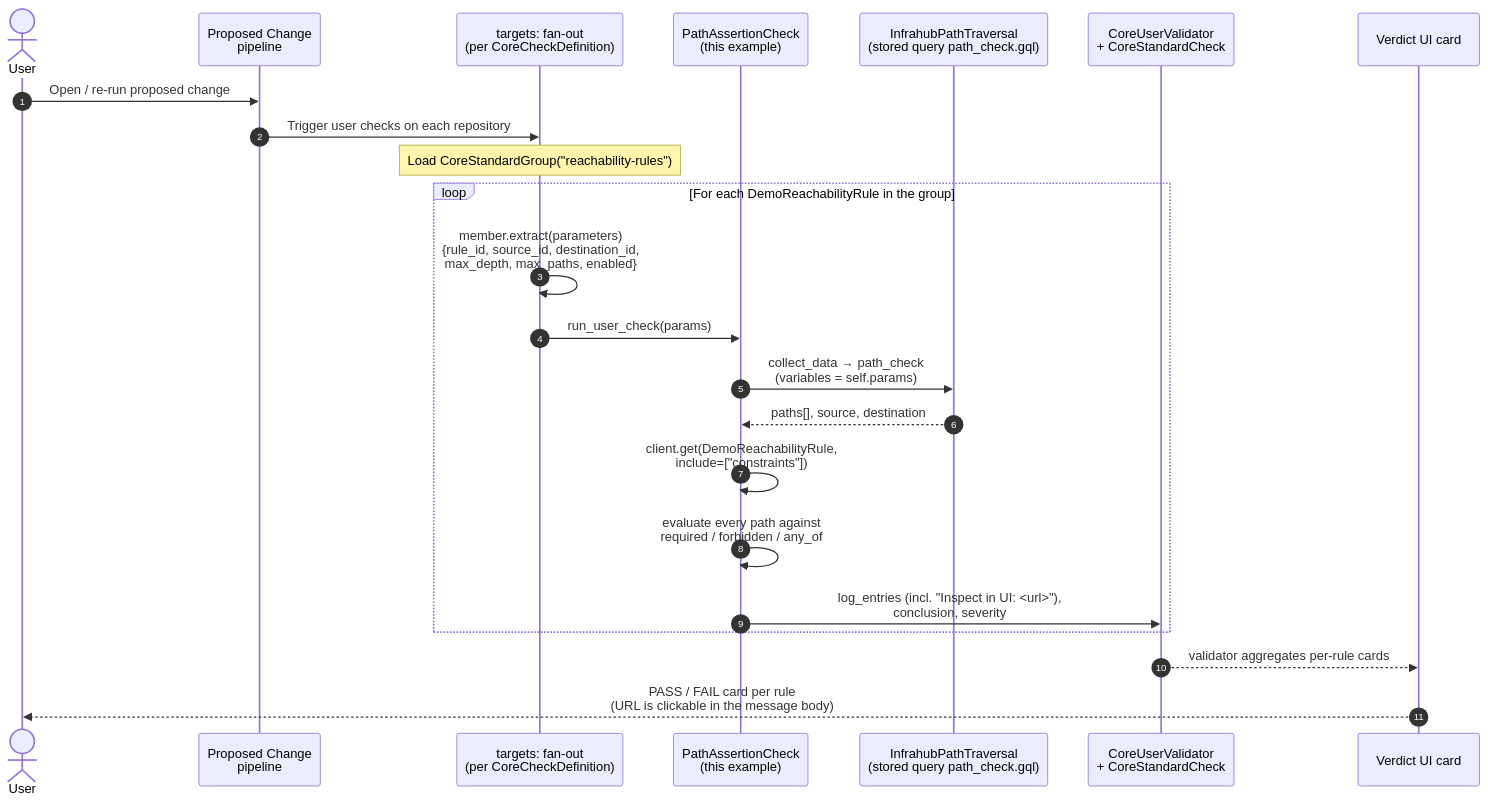
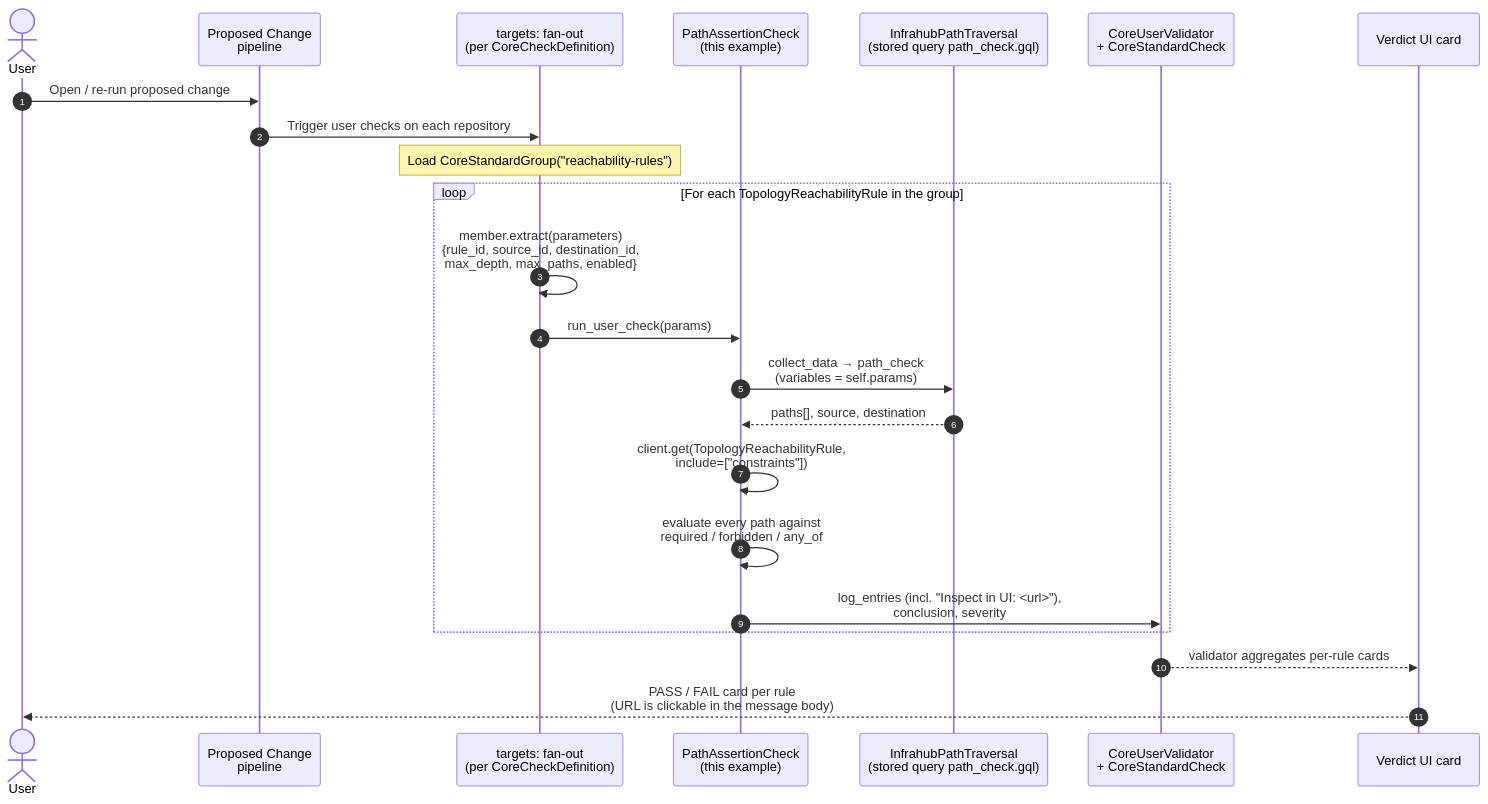
The first of 2 diagrams in README.md (opsmill/infrahub-demo-reachability-check), drawn with Mermaid before and after one commit. The commit also changed other lines of this file and 10 other files, not shown here.

````diff
--- a/README.md
+++ b/README.md
@@ -112,26 +112,26 @@
 ```mermaid
 sequenceDiagram
     autonumber
     actor User
     participant PC as Proposed Change<br/>pipeline
     participant Fan as targets: fan-out<br/>(per CoreCheckDefinition)
     participant Check as PathAssertionCheck<br/>(this example)
     participant GQL as InfrahubPathTraversal<br/>(stored query path_check.gql)
     participant Verdict as CoreUserValidator<br/>+ CoreStandardCheck
     participant UI as Verdict UI card
 
     User->>PC: Open / re-run proposed change
     PC->>Fan: Trigger user checks on each repository
     Note over Fan: Load CoreStandardGroup("reachability-rules")
-    loop For each DemoReachabilityRule in the group
+    loop For each TopologyReachabilityRule in the group
         Fan->>Fan: member.extract(parameters)<br/>{rule_id, source_id, destination_id,<br/>max_depth, max_paths, enabled}
         Fan->>Check: run_user_check(params)
         Check->>GQL: collect_data → path_check<br/>(variables = self.params)
         GQL-->>Check: paths[], source, destination
-        Check->>Check: client.get(DemoReachabilityRule,<br/>include=["constraints"])
+        Check->>Check: client.get(TopologyReachabilityRule,<br/>include=["constraints"])
         Check->>Check: evaluate every path against<br/>required / forbidden / any_of
         Check->>Verdict: log_entries (incl. "Inspect in UI: <url>"),<br/>conclusion, severity
     end
     Verdict-->>UI: validator aggregates per-rule cards
     UI-->>User: PASS / FAIL card per rule<br/>(URL is clickable in the message body)
 ```
````
